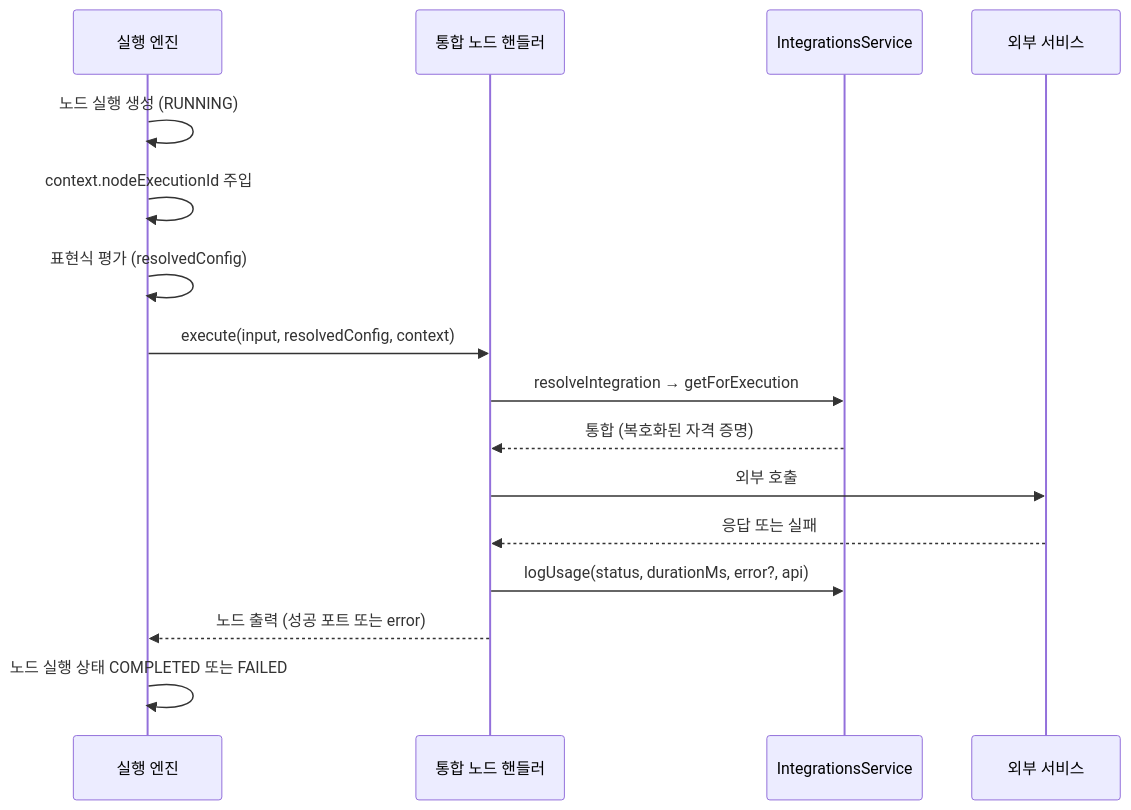
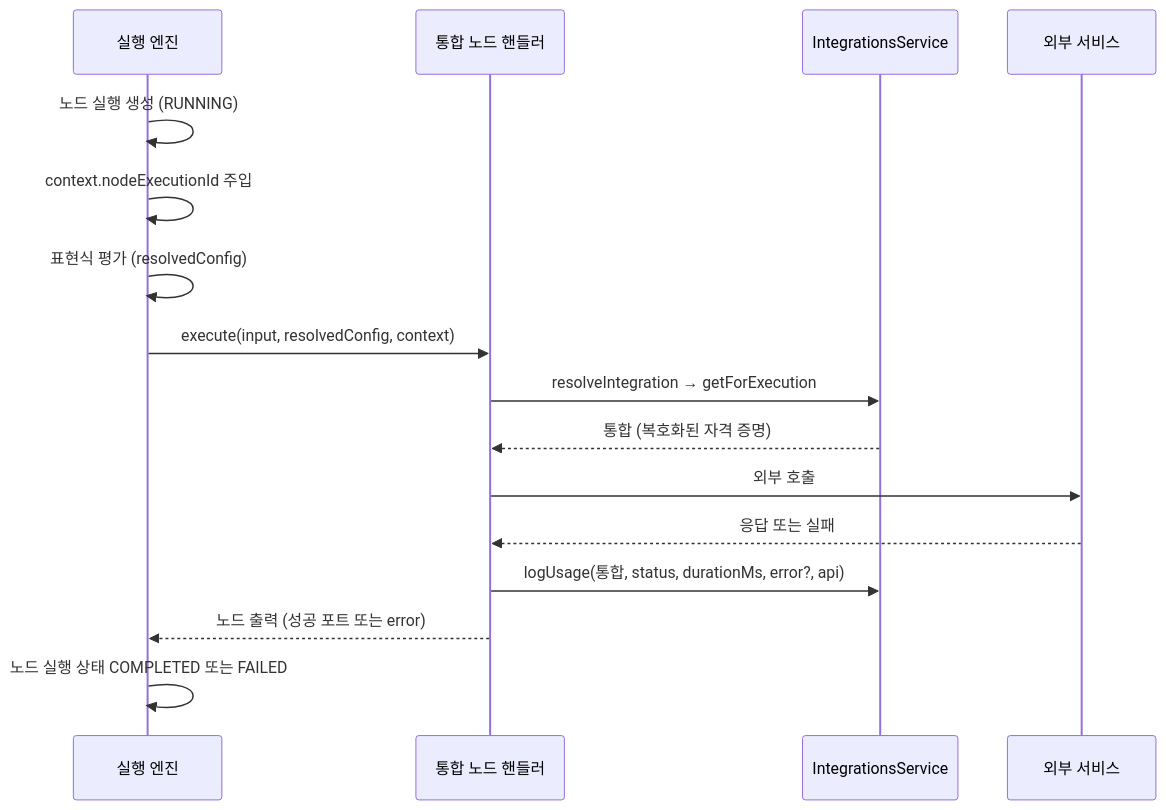
One commit to worker-ants/clemvion changed the diagram in spec/CLE-NODE-INT/CLE-NODE-INT-COMMON.md. Above: the diagram before and after it, drawn with Mermaid. The commit also changed other lines of this file and 20 other files, not shown here.

````diff
--- a/spec/CLE-NODE-INT/CLE-NODE-INT-COMMON.md
+++ b/spec/CLE-NODE-INT/CLE-NODE-INT-COMMON.md
@@ -177,18 +178,18 @@
 ```mermaid
 sequenceDiagram
   participant E as 실행 엔진
   participant H as 통합 노드 핸들러
   participant S as IntegrationsService
   participant X as 외부 서비스
   E->>E: 노드 실행 생성 (RUNNING)
   E->>E: context.nodeExecutionId 주입
   E->>E: 표현식 평가 (resolvedConfig)
   E->>H: execute(input, resolvedConfig, context)
   H->>S: resolveIntegration → getForExecution
   S-->>H: 통합 (복호화된 자격 증명)
   H->>X: 외부 호출
   X-->>H: 응답 또는 실패
-  H->>S: logUsage(status, durationMs, error?, api)
+  H->>S: logUsage(통합, status, durationMs, error?, api)
   H-->>E: 노드 출력 (성공 포트 또는 error)
   E->>E: 노드 실행 상태 COMPLETED 또는 FAILED
 ```
````
